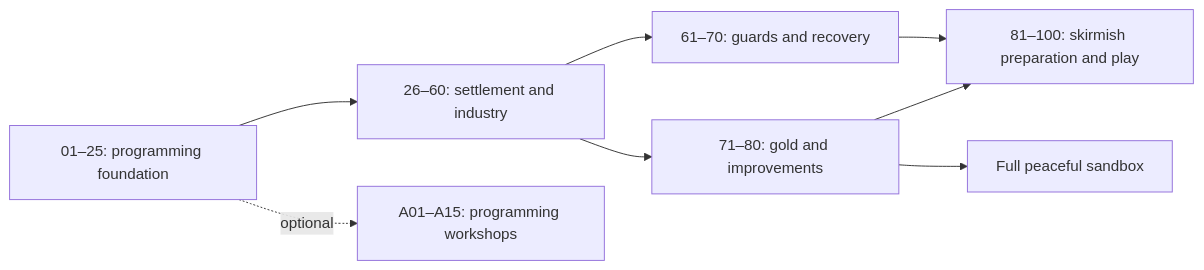
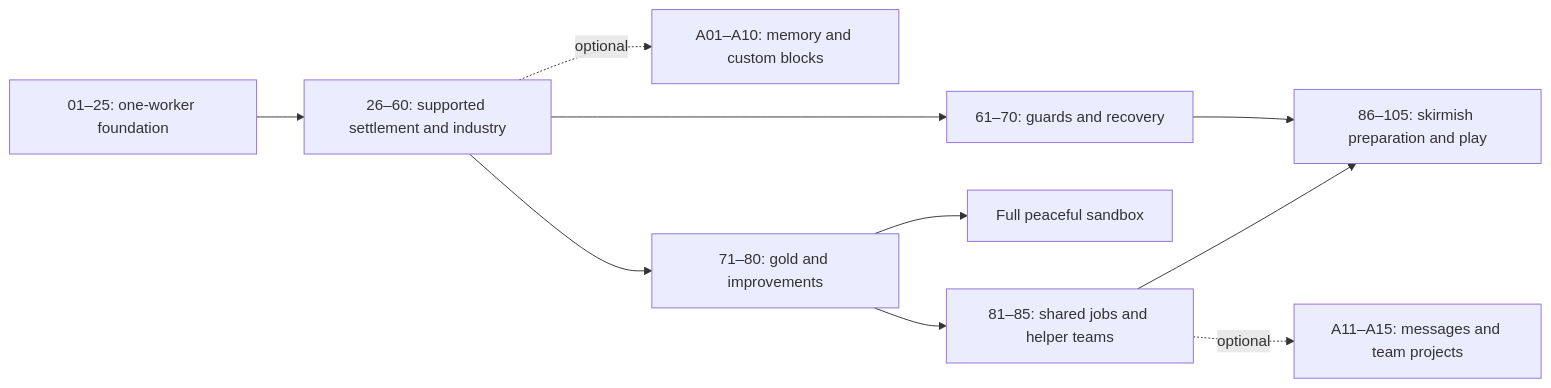
The diagram in docs/campaign-planv2.md (GrafXP/BlocklyGame), drawn with Mermaid before and after one commit. The commit also changed other lines of this file, not shown here.

````diff
--- a/docs/campaign-planv2.md
+++ b/docs/campaign-planv2.md
@@ -58,10 +88,12 @@
 ```mermaid
 flowchart LR
-    Foundation[01–25: programming foundation] --> Economy[26–60: settlement and industry]
-    Foundation -. optional .-> Workshops[A01–A15: programming workshops]
+    Foundation[01–25: one-worker foundation] --> Economy[26–60: supported settlement and industry]
+    Economy -. optional .-> Workshops[A01–A10: memory and custom blocks]
     Economy --> Guards[61–70: guards and recovery]
     Economy --> Parts[71–80: gold and improvements]
     Parts --> Peaceful[Full peaceful sandbox]
-    Guards --> Matches[81–100: skirmish preparation and play]
-    Parts --> Matches
+    Parts --> Teams[81–85: shared jobs and helper teams]
+    Teams -. optional .-> Messages[A11–A15: messages and team projects]
+    Guards --> Matches[86–105: skirmish preparation and play]
+    Teams --> Matches
 ```
````
